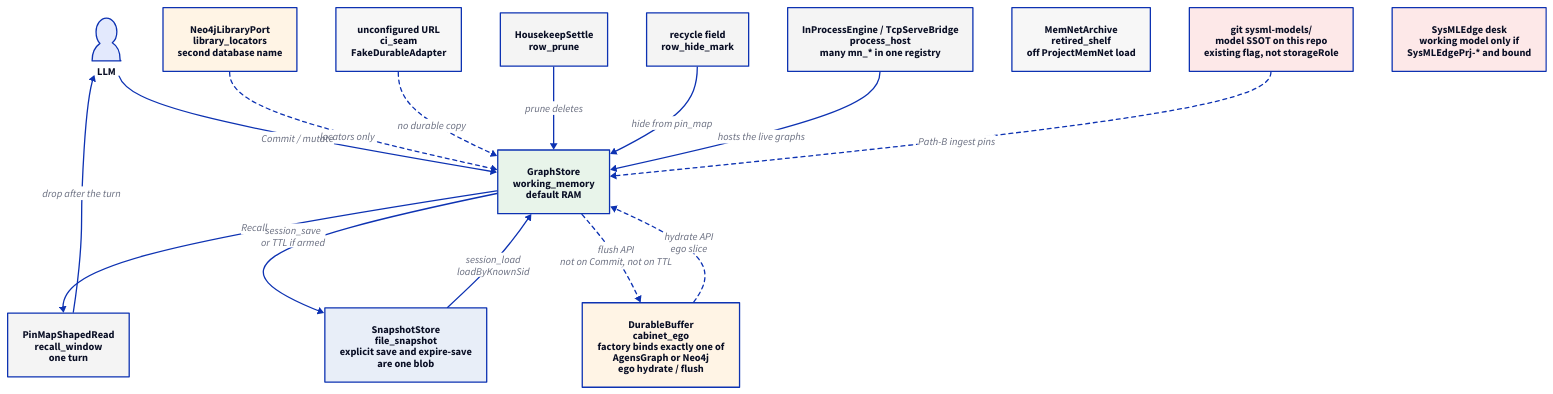
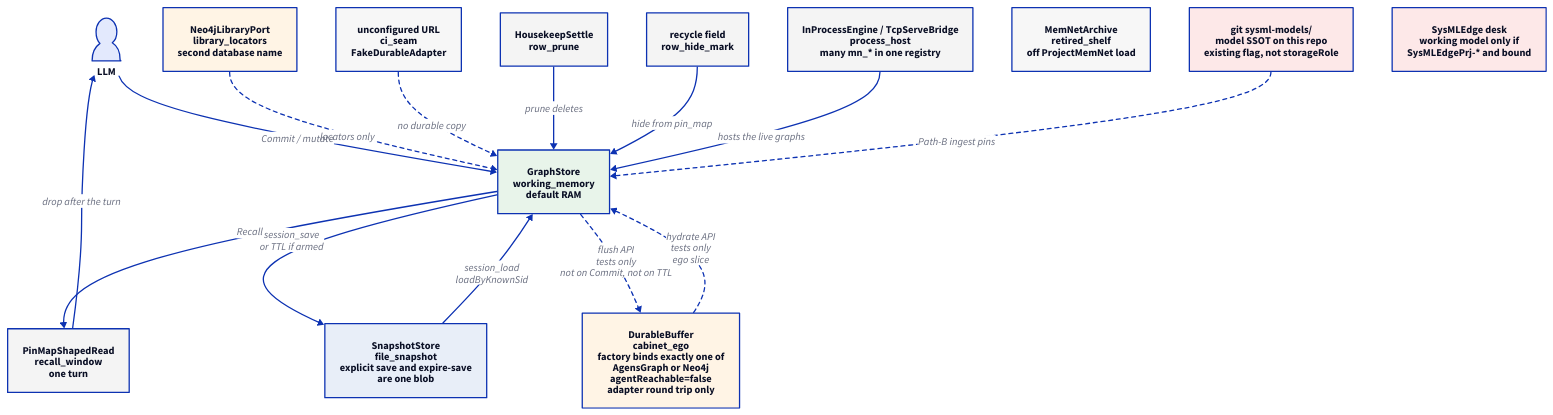
One commit to chouswei/MemNet changed the diagram in docs/cabinet/storage-roles.d2. Above: the diagram before and after it, drawn with D2. The commit also changed 7 other files, not shown here.

First line of the commit message:
Model cabinet hydrate/flush as agent-unreachable

```diff
--- a/docs/cabinet/storage-roles.d2
+++ b/docs/cabinet/storage-roles.d2
@@ -1,80 +1,80 @@
 # MemNet storage roles. Labels are storageRole strings from the SysML model.
 # Solid arrows are the default product path. Dashed arrows are opt-in.
 
 direction: down
 
 llm: LLM {
   shape: person
 }
 
 wm: "GraphStore\nworking_memory\ndefault RAM" {
   style.fill: "#e8f4ea"
 }
 
 pin: "PinMapShapedRead\nrecall_window\none turn" {
   style.fill: "#f4f4f4"
 }
 
 snap: "SnapshotStore\nfile_snapshot\nexplicit save and expire-save\nare one blob" {
   style.fill: "#e8eef8"
 }
 
-cabinet: "DurableBuffer\ncabinet_ego\nfactory binds exactly one of\nAgensGraph or Neo4j\nego hydrate / flush" {
+cabinet: "DurableBuffer\ncabinet_ego\nfactory binds exactly one of\nAgensGraph or Neo4j\nagentReachable=false\nadapter round trip only" {
   style.fill: "#fff4e5"
 }
 
 library: "Neo4jLibraryPort\nlibrary_locators\nsecond database name" {
   style.fill: "#fff4e5"
 }
 
 fake: "unconfigured URL\nci_seam\nFakeDurableAdapter" {
   style.fill: "#f7f7f7"
 }
 
 hk: "HousekeepSettle\nrow_prune" {
   style.fill: "#f4f4f4"
 }
 
 mark: "recycle field\nrow_hide_mark" {
   style.fill: "#f4f4f4"
 }
 
 host: "InProcessEngine / TcpServeBridge\nprocess_host\nmany mn_* in one registry" {
   style.fill: "#f4f4f4"
 }
 
 shelf: "MemNetArchive\nretired_shelf\noff ProjectMemNet load" {
   style.fill: "#f7f7f7"
 }
 
 git: "git sysml-models/\nmodel SSOT on this repo\nexisting flag, not storageRole" {
   style.fill: "#fde8e8"
 }
 
 desk: "SysMLEdge desk\nworking model only if\nSysMLEdgePrj-* and bound" {
   style.fill: "#fde8e8"
 }
 
 llm -> wm: "Commit / mutate"
 wm -> pin: "Recall"
 pin -> llm: "drop after the turn"
 wm -> snap: "session_save\nor TTL if armed"
 snap -> wm: "session_load\nloadByKnownSid"
-wm -> cabinet: "flush API\nnot on Commit, not on TTL" {
+wm -> cabinet: "flush API\ntests only\nnot on Commit, not on TTL" {
   style.stroke-dash: 3
 }
-cabinet -> wm: "hydrate API\nego slice" {
+cabinet -> wm: "hydrate API\ntests only\nego slice" {
   style.stroke-dash: 3
 }
 library -> wm: "locators only" {
   style.stroke-dash: 3
 }
 fake -> wm: "no durable copy" {
   style.stroke-dash: 3
 }
 hk -> wm: "prune deletes"
 mark -> wm: "hide from pin_map"
 host -> wm: "hosts the live graphs"
 git -> wm: "Path-B ingest pins" {
   style.stroke-dash: 3
 }
```
